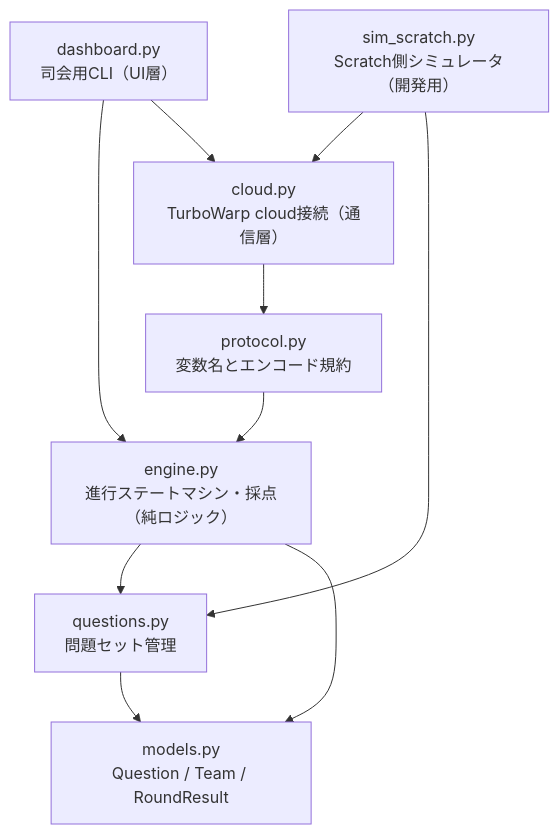
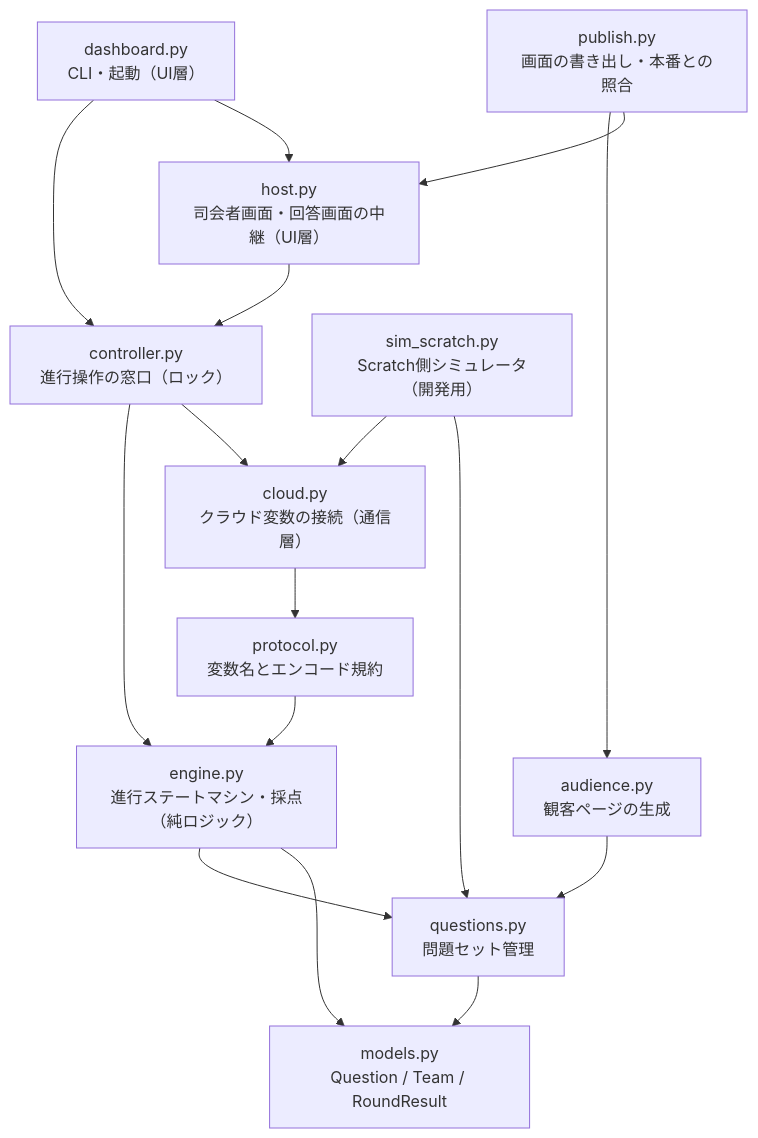
Before and after one commit to suzuka-kosen-festa/2026-suzuleague: the third of 4 diagrams in docs/architecture.md, drawn with Mermaid. The commit also changed other lines of this file and 7 other files, not shown here.

````diff
--- a/docs/architecture.md
+++ b/docs/architecture.md
@@ -178,19 +263,29 @@
 ```mermaid
 flowchart TD
-    dash["dashboard.py<br>司会用CLI（UI層）"]
+    dash["dashboard.py<br>CLI・起動（UI層）"]
+    hostm["host.py<br>司会者画面・回答画面の中継（UI層）"]
+    pub["publish.py<br>画面の書き出し・本番との照合"]
+    ctrl["controller.py<br>進行操作の窓口（ロック）"]
     sim["sim_scratch.py<br>Scratch側シミュレータ（開発用）"]
-    cloud_["cloud.py<br>TurboWarp cloud接続（通信層）"]
+    cloud_["cloud.py<br>クラウド変数の接続（通信層）"]
     proto["protocol.py<br>変数名とエンコード規約"]
     engine["engine.py<br>進行ステートマシン・採点（純ロジック）"]
     q["questions.py<br>問題セット管理"]
     models["models.py<br>Question / Team / RoundResult"]
-    dash --> engine
-    dash --> cloud_
+    aud["audience.py<br>観客ページの生成"]
+    dash --> ctrl
+    dash --> hostm
+    hostm --> ctrl
+    ctrl --> engine
+    ctrl --> cloud_
+    pub --> aud
+    pub --> hostm
+    aud --> q
     sim --> cloud_
     sim --> q
     cloud_ --> proto
     proto --> engine
     engine --> q
     q --> models
     engine --> models
 ```
````
